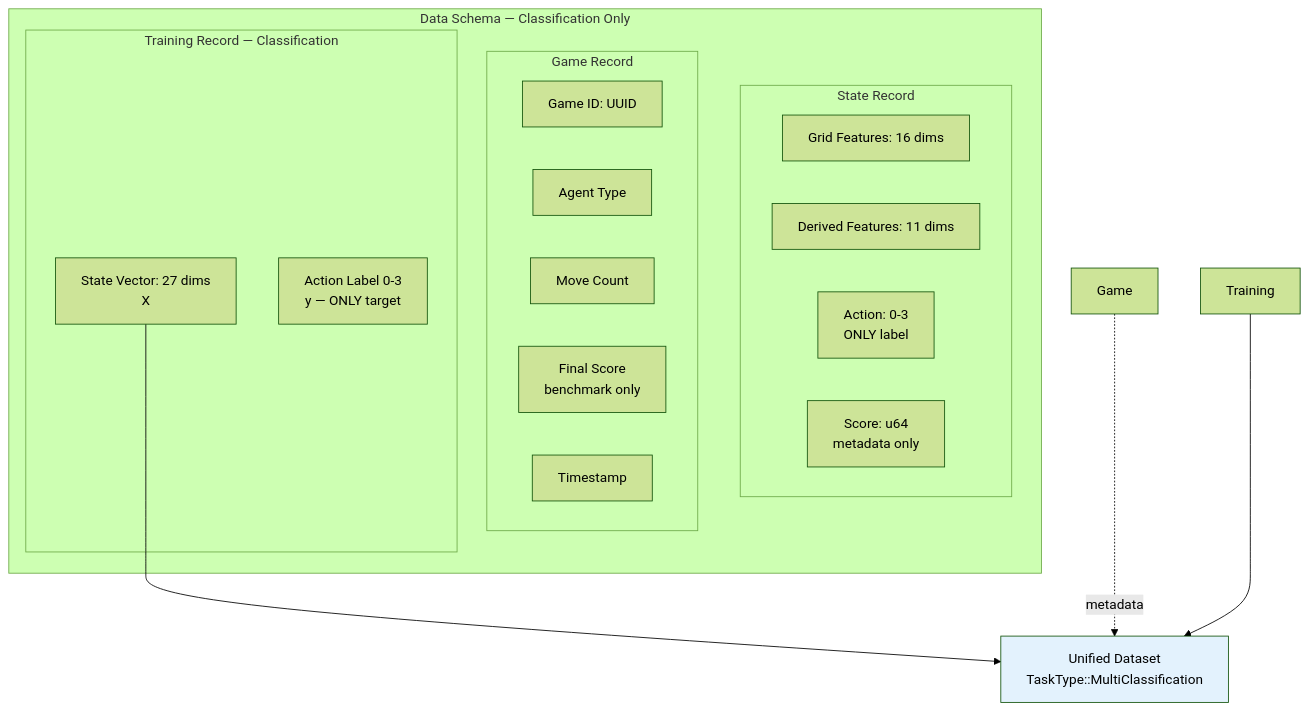
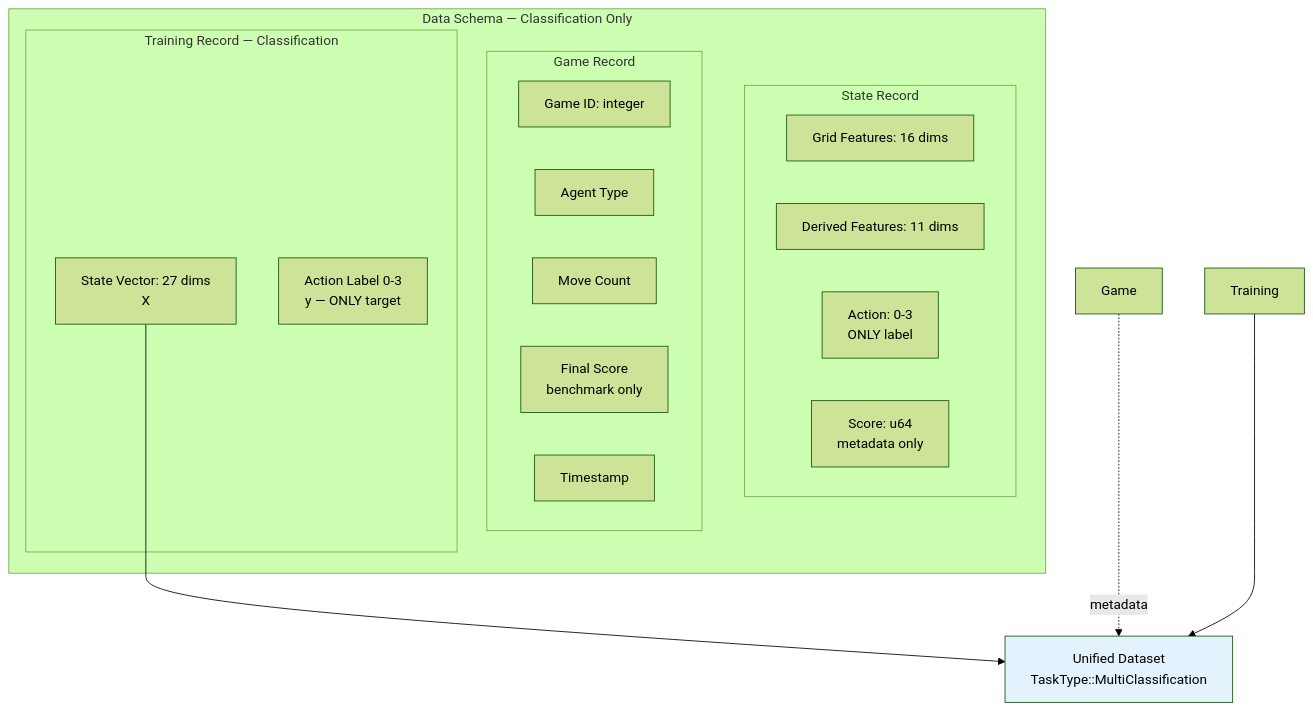
Before and after one commit to Evintkoo/2048-ml: the first of 5 diagrams in plans/06-Data/02-Format/01-data-schema.md, drawn with Mermaid (forest theme). The commit also changed other lines of this file and 144 other files, not shown here.

````diff
--- a/plans/06-Data/02-Format/01-data-schema.md
+++ b/plans/06-Data/02-Format/01-data-schema.md
@@ -22,30 +22,30 @@
 ```mermaid
 flowchart TD
     subgraph "Data Schema — Classification Only"
         subgraph "State Record"
             Grid[Grid Features: 16 dims]
             Derived[Derived Features: 11 dims]
             Action[Action: 0-3<br/>ONLY label]
             ScoreMeta[Score: u64<br/>metadata only]
         end
 
         subgraph "Game Record"
-            GameID[Game ID: UUID]
+            GameID[Game ID: integer]
             AgentType[Agent Type]
             MoveCount[Move Count]
             FinalScore[Final Score<br/>benchmark only]
             Timestamp[Timestamp]
         end
 
         subgraph "Training Record — Classification"
             State[State Vector: 27 dims<br/>X]
             Label[Action Label 0-3<br/>y — ONLY target]
         end
     end
 
     State --> Dataset[Unified Dataset<br/>TaskType::MultiClassification]
     Game -.->|metadata| Dataset
     Training --> Dataset
 
     style Dataset fill:#e3f2fd
 ```
````
